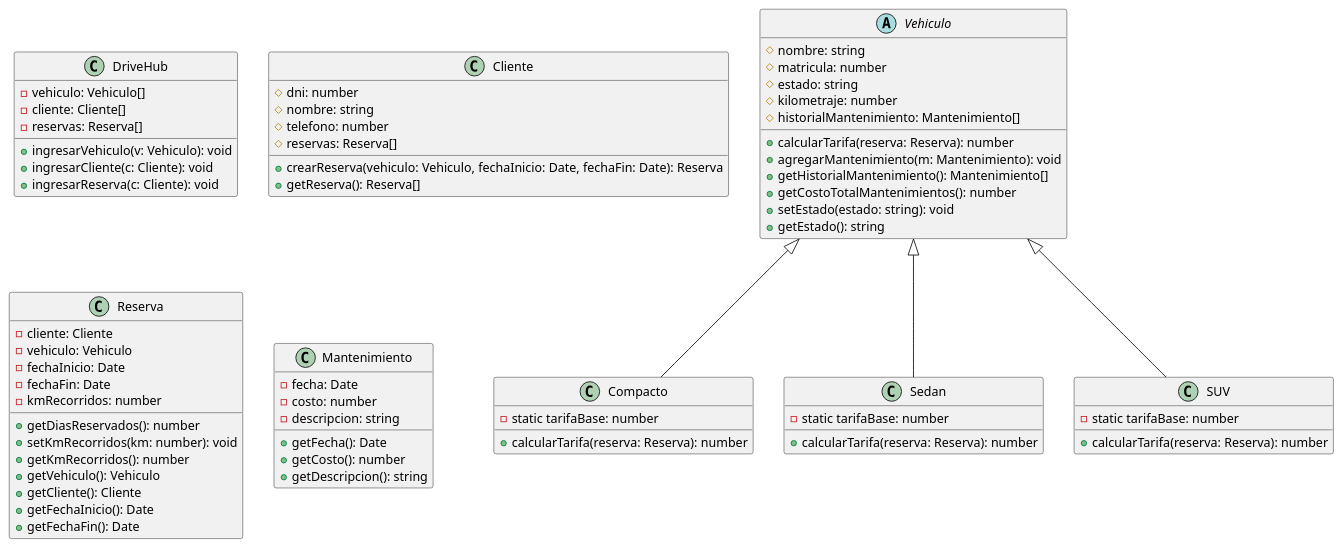
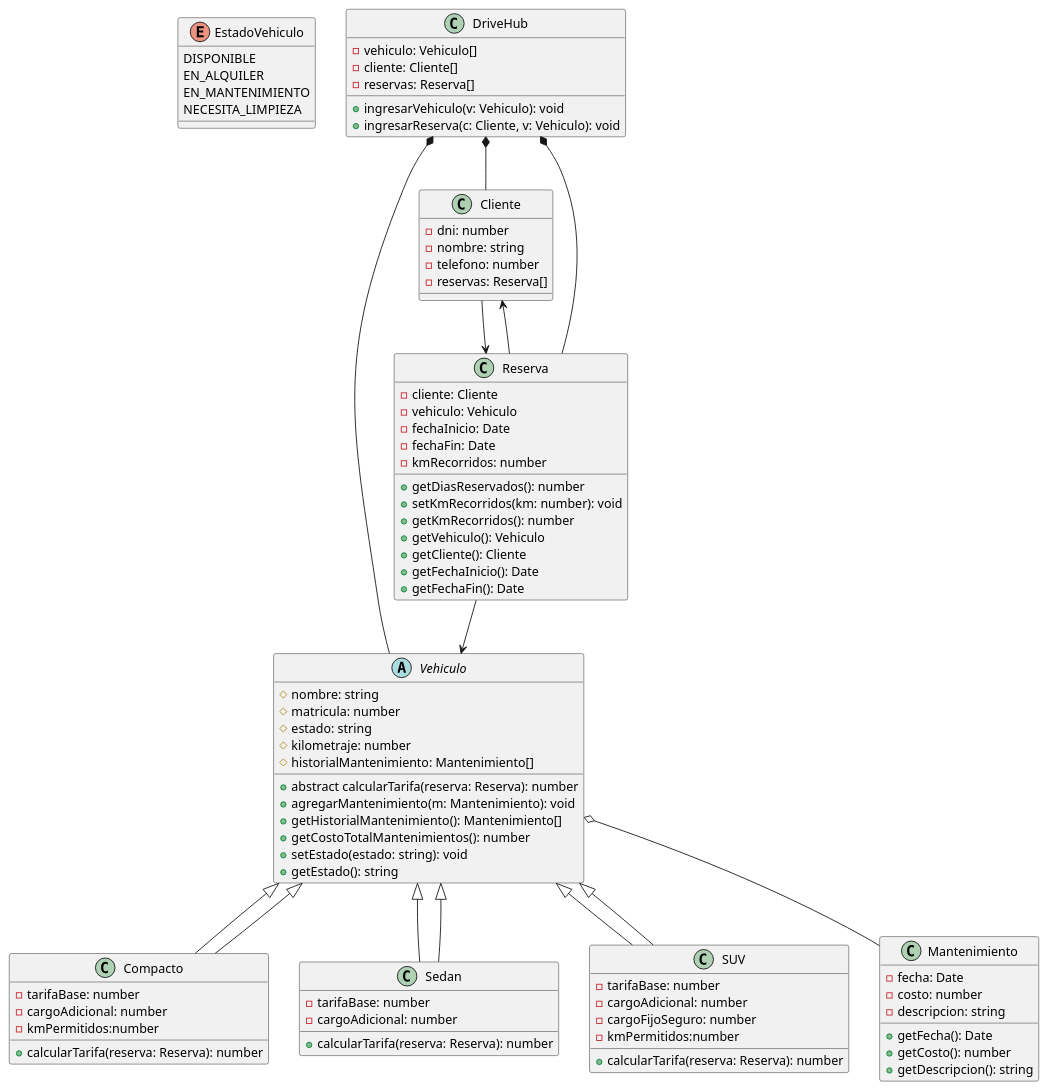
Before and after one commit to diegolacosta02/TP-Programacion-II: the diagram in diagramas/diagrama.puml, drawn with PlantUML. The commit also changed 10 other files, not shown here.

Commit message:
Agrego test de mantenimiento, actualizo el diagrama y modifico clases

```diff
--- a/diagramas/diagrama.puml
+++ b/diagramas/diagrama.puml
@@ -1,80 +1,103 @@
 @startuml Trabajo Practico Alquiler de Autos
+
+enum EstadoVehiculo {
+    DISPONIBLE
+    EN_ALQUILER
+    EN_MANTENIMIENTO
+    NECESITA_LIMPIEZA
+}
 
 class DriveHub {
     - vehiculo: Vehiculo[]
     - cliente: Cliente[]
     - reservas: Reserva[]
 
     + ingresarVehiculo(v: Vehiculo): void
-    + ingresarCliente(c: Cliente): void
-    + ingresarReserva(c: Cliente): void
+    + ingresarReserva(c: Cliente, v: Vehiculo): void
 }
 
 abstract class Vehiculo {
     # nombre: string
     # matricula: number
     # estado: string
     # kilometraje: number
     # historialMantenimiento: Mantenimiento[]
 
-    + calcularTarifa(reserva: Reserva): number
+    + abstract calcularTarifa(reserva: Reserva): number
     + agregarMantenimiento(m: Mantenimiento): void
     + getHistorialMantenimiento(): Mantenimiento[]
     + getCostoTotalMantenimientos(): number
     + setEstado(estado: string): void
     + getEstado(): string
 }
 
 
 class Compacto extends Vehiculo {
-    - static tarifaBase: number
+    - tarifaBase: number
+    - cargoAdicional: number
+    - kmPermitidos:number
     + calcularTarifa(reserva: Reserva): number
 }
 
 class Sedan extends Vehiculo {
-    - static tarifaBase: number
+    - tarifaBase: number
+    - cargoAdicional: number
     + calcularTarifa(reserva: Reserva): number
 }
 
 class SUV extends Vehiculo {
-    - static tarifaBase: number
+    - tarifaBase: number
+    - cargoAdicional: number
+    - cargoFijoSeguro: number
+    - kmPermitidos:number
     + calcularTarifa(reserva: Reserva): number
 }
 
 class Cliente {
-    # dni: number
-    # nombre: string
-    # telefono: number
-    # reservas: Reserva[]
+    - dni: number
+    - nombre: string
+    - telefono: number
+    - reservas: Reserva[]
 
-    + crearReserva(vehiculo: Vehiculo, fechaInicio: Date, fechaFin: Date): Reserva
-    + getReserva(): Reserva[]
 }
 
 class Reserva {
     - cliente: Cliente
     - vehiculo: Vehiculo
     - fechaInicio: Date
     - fechaFin: Date
     - kmRecorridos: number
 
     + getDiasReservados(): number
     + setKmRecorridos(km: number): void
     + getKmRecorridos(): number
     + getVehiculo(): Vehiculo
     + getCliente(): Cliente
     + getFechaInicio(): Date
     + getFechaFin(): Date
 }
 
 class Mantenimiento {
     - fecha: Date
     - costo: number
     - descripcion: string
 
     + getFecha(): Date
     + getCosto(): number
     + getDescripcion(): string
 }
 
+Vehiculo <|-- Compacto
+Vehiculo <|-- Sedan
+Vehiculo <|-- SUV
+
+DriveHub  *--  Vehiculo
+DriveHub  *--  Cliente
+DriveHub  *--  Reserva
+Vehiculo  o--  Mantenimiento
+
+Reserva  -->  Cliente
+Reserva  -->  Vehiculo
+Cliente  -->  Reserva
+
 @enduml
```
